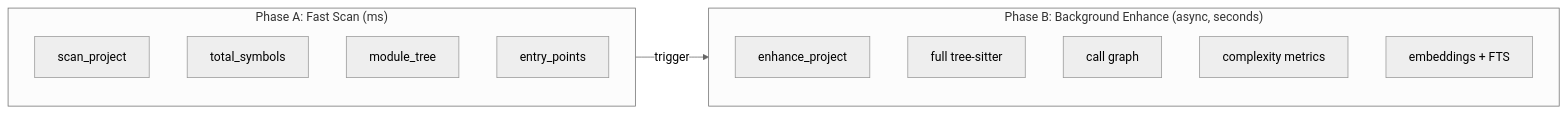
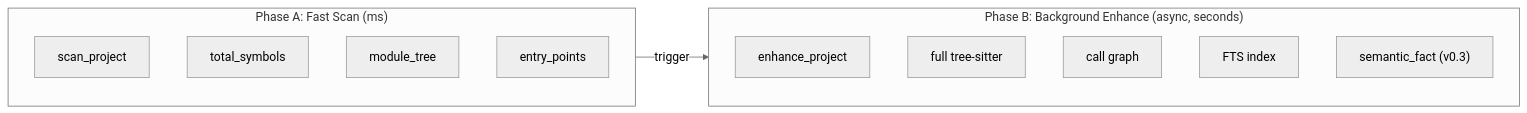
One commit to Timwood0x10/CodeScope changed the third of 3 diagrams in README.md. Above: the diagram before and after it, drawn with Mermaid (neutral theme). The commit also changed other lines of this file and 74 other files, not shown here.

````diff
--- a/README.md
+++ b/README.md
@@ -127,19 +127,19 @@
 ```mermaid
 flowchart LR
     subgraph A["Phase A: Fast Scan (ms)"]
         S1["scan_project"]
         S2["total_symbols"]
         S3["module_tree"]
         S4["entry_points"]
     end
 
     subgraph B["Phase B: Background Enhance (async, seconds)"]
         E1["enhance_project"]
         E2["full tree-sitter"]
         E3["call graph"]
-        E4["complexity metrics"]
-        E5["embeddings + FTS"]
+        E4["FTS index"]
+        E5["semantic_fact (v0.3)"]
     end
 
     A -->|"trigger"| B
 ```
````
